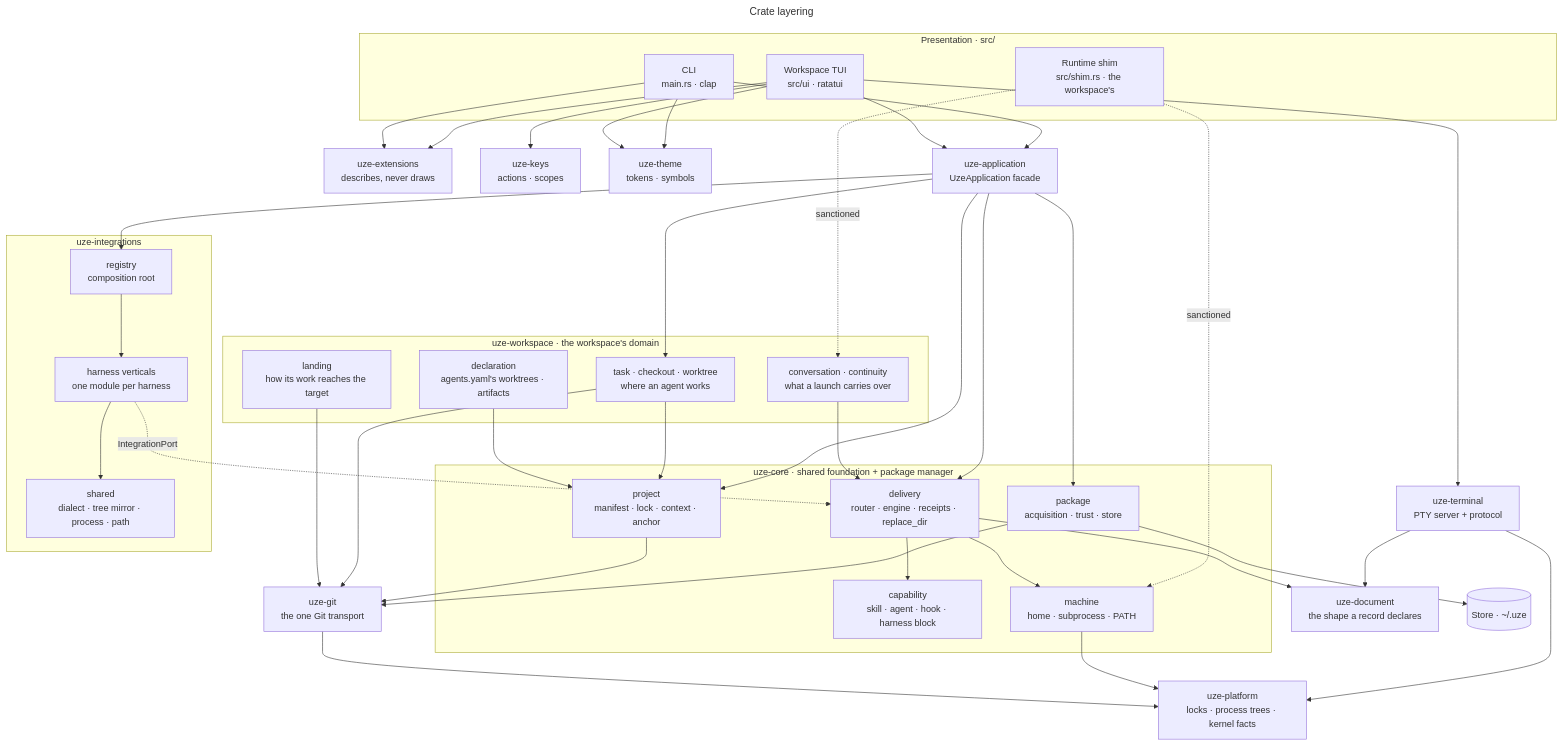
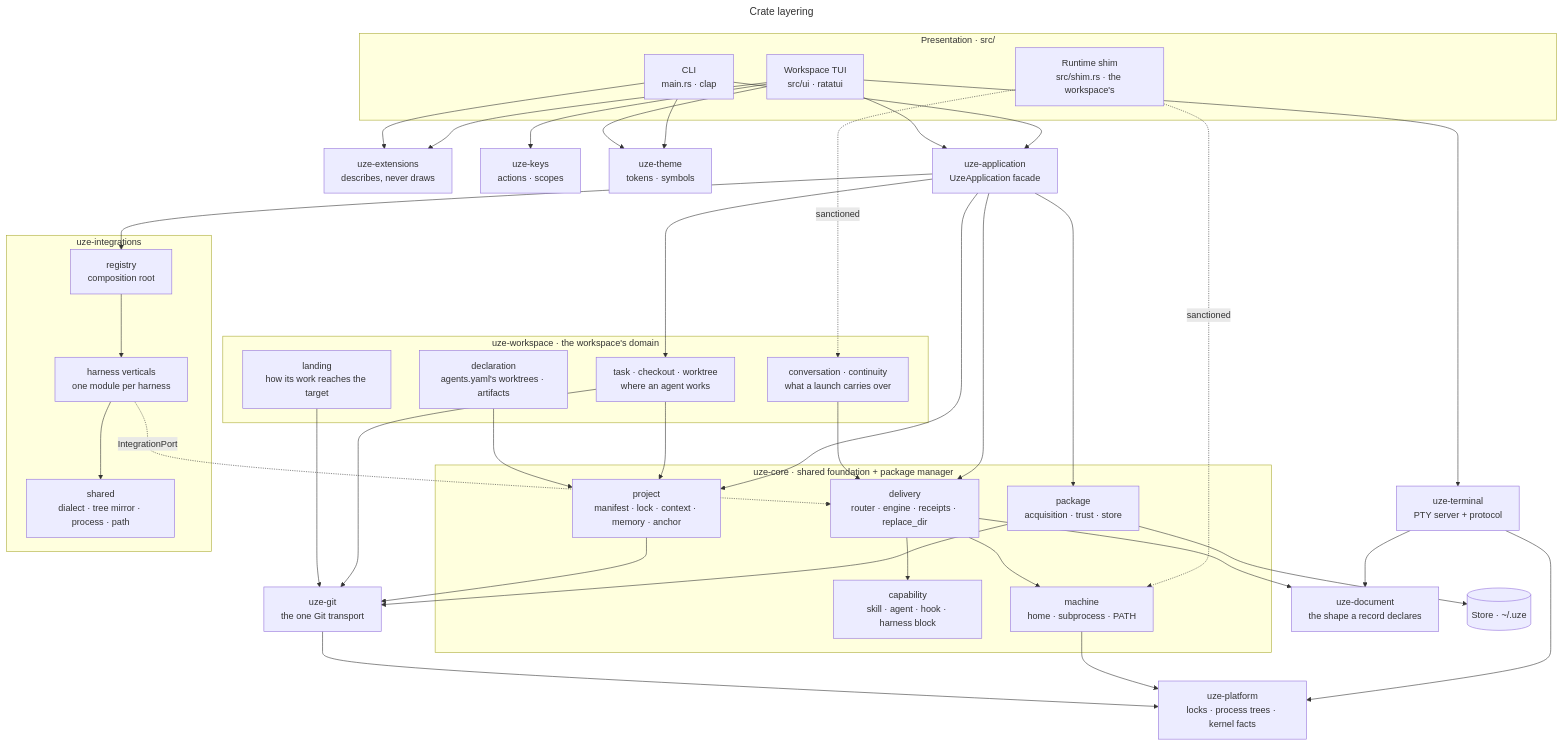
One commit to uze-sh/uze changed the diagram in docs/architecture/crate-layering.mmd. Above: the diagram before and after it, drawn with Mermaid. The commit also changed 49 other files, not shown here.

```diff
--- a/docs/architecture/crate-layering.mmd
+++ b/docs/architecture/crate-layering.mmd
@@ -1,70 +1,70 @@
 ---
 title: Crate layering
 ---
 flowchart TD
   subgraph presentation [Presentation · src/]
     cli[CLI<br/>main.rs · clap]
     tui[Workspace TUI<br/>src/ui · ratatui]
     shim[Runtime shim<br/>src/shim.rs · the workspace's]
   end
   ext[uze-extensions<br/>describes, never draws]
   keys[uze-keys<br/>actions · scopes]
   theme[uze-theme<br/>tokens · symbols]
   terminal[uze-terminal<br/>PTY server + protocol]
   app[uze-application<br/>UzeApplication facade]
   subgraph ws [uze-workspace · the workspace's domain]
     tasks[task · checkout · worktree<br/>where an agent works]
     landing[landing<br/>how its work reaches the target]
     conversation[conversation · continuity<br/>what a launch carries over]
     declaration[declaration<br/>agents.yaml's worktrees · artifacts]
   end
   subgraph core [uze-core · shared foundation + package manager]
     package[package<br/>acquisition · trust · store]
     capability[capability<br/>skill · agent · hook · harness block]
     delivery[delivery<br/>router · engine · receipts · replace_dir]
-    project[project<br/>manifest · lock · context · anchor]
+    project[project<br/>manifest · lock · context · memory · anchor]
     machine[machine<br/>home · subprocess · PATH]
   end
   subgraph integrations [uze-integrations]
     registry[registry<br/>composition root]
     verticals[harness verticals<br/>one module per harness]
     shared[shared<br/>dialect · tree mirror · process · path]
   end
   git[uze-git<br/>the one Git transport]
   document[uze-document<br/>the shape a record declares]
   process[uze-platform<br/>locks · process trees · kernel facts]
   store[(Store · ~/.uze)]
 
   cli --> app
   tui --> app
   tui --> ext
   cli --> ext
   tui --> keys
   tui --> terminal
   cli --> theme
   tui --> theme
   shim -.->|sanctioned| machine
   app --> package
   app --> delivery
   app --> project
   app --> registry
   app --> tasks
   tasks --> project
   tasks --> git
   landing --> git
   declaration --> project
   conversation --> delivery
   shim -.->|sanctioned| conversation
   registry --> verticals
   verticals --> shared
   verticals -.->|IntegrationPort| delivery
   delivery --> capability
   delivery --> machine
   package --> git
   project --> git
   package --> store
   delivery --> document
   terminal --> document
   terminal --> process
   machine --> process
   git --> process
```
